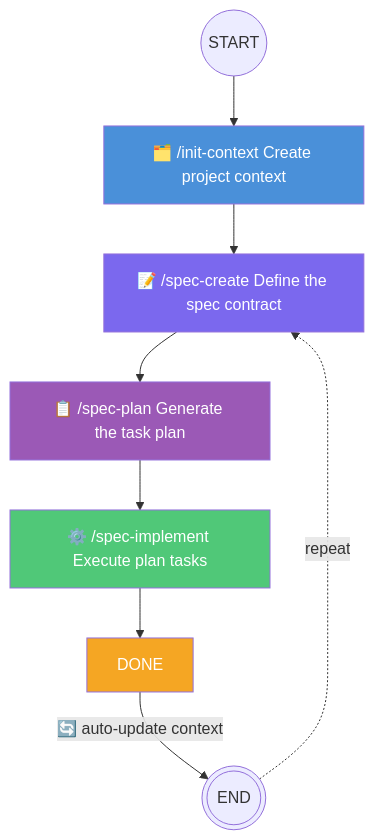
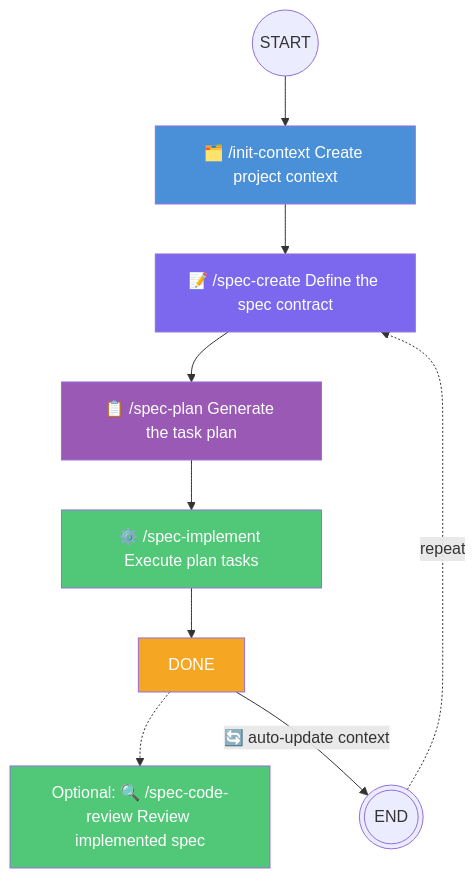
The first of 2 diagrams in README.md (AlessioScarfone/barespec), drawn with Mermaid before and after one commit.

````diff
--- a/README.md
+++ b/README.md
@@ -185,16 +185,18 @@
 ```mermaid
 flowchart TD
     START((START)) --> CTX["🗂️ /init-context Create project context"] --> SPEC
 
     SPEC["📝 /spec-create Define the spec contract"] --> PLAN
     PLAN["📋 /spec-plan Generate the task plan"] --> IMPL
     IMPL["⚙️ /spec-implement Execute plan tasks"] --> DONE
+    DONE -.-> CODE_REVIEW["Optional: 🔍 /spec-code-review Review implemented spec"]
 
     DONE -->|"🔄 auto-update context"| END(((END))) -.->|repeat| SPEC
 
     style CTX fill:#4A90D9,color:#fff
     style SPEC fill:#7B68EE,color:#fff
     style PLAN fill:#9B59B6,color:#fff
     style IMPL fill:#50C878,color:#fff
+    style CODE_REVIEW fill:#50C878,color:#fff
     style DONE fill:#F5A623,color:#fff
 ```
````
